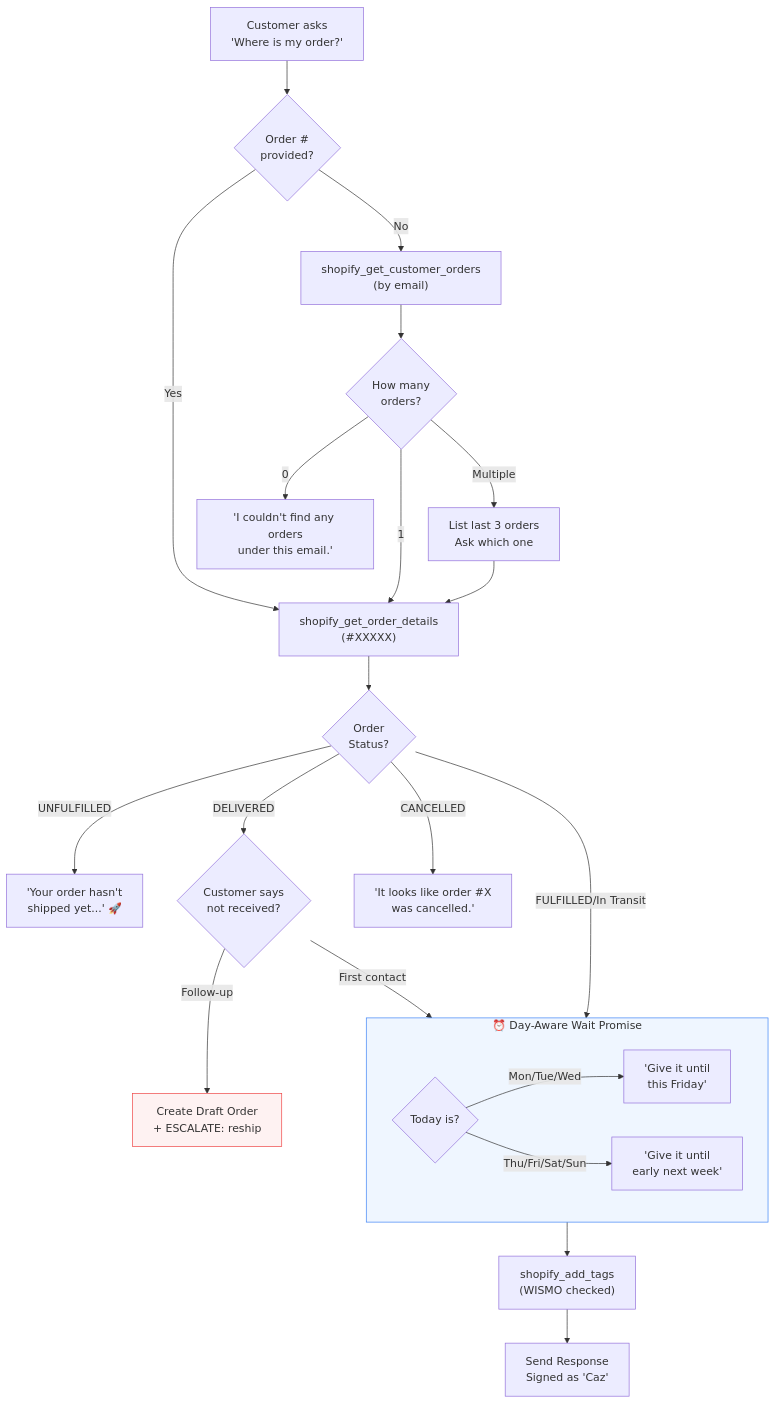
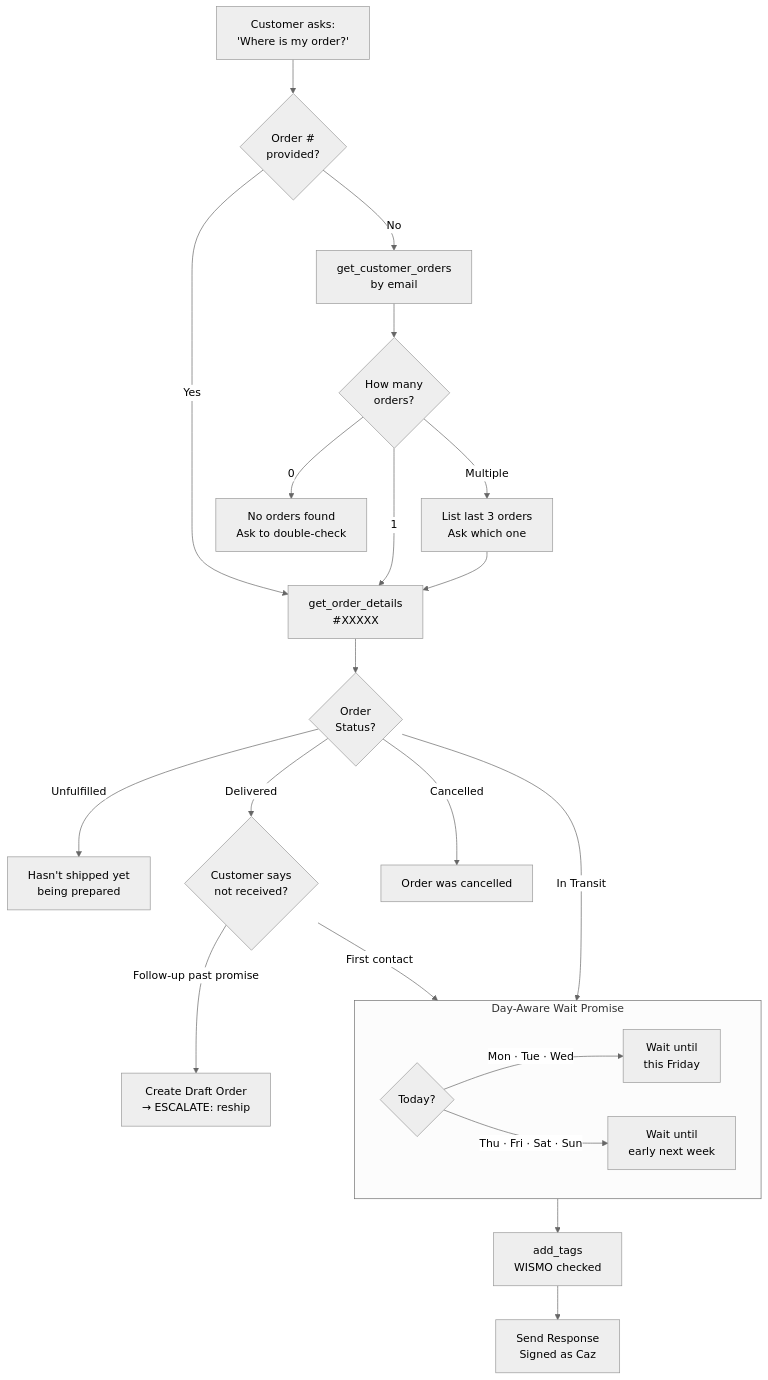
Before and after one commit to EminDurmuSS/lookfor-hackathon: the fifth of 11 diagrams in README.md, drawn with Mermaid. The commit also changed other lines of this file, not shown here.

````diff
--- a/README.md
+++ b/README.md
@@ -278,36 +235,33 @@
 ```mermaid
+%%{init: {'theme': 'neutral'}}%%
 flowchart TD
-    START["Customer asks<br/>'Where is my order?'"] --> FIND{"Order #<br/>provided?"}
+    START["Customer asks:<br/>'Where is my order?'"] --> FIND{"Order #<br/>provided?"}
 
-    FIND -->|Yes| LOOKUP["shopify_get_order_details<br/>(#XXXXX)"]
-    FIND -->|No| EMAIL["shopify_get_customer_orders<br/>(by email)"]
+    FIND -->|Yes| LOOKUP["get_order_details<br/>#XXXXX"]
+    FIND -->|No| EMAIL["get_customer_orders<br/>by email"]
 
     EMAIL --> COUNT{"How many<br/>orders?"}
-    COUNT -->|0| NOT_FOUND["'I couldn't find any orders<br/>under this email.'"]
+    COUNT -->|0| NOT_FOUND["No orders found<br/>Ask to double-check"]
     COUNT -->|1| LOOKUP
     COUNT -->|Multiple| DISAMBIG["List last 3 orders<br/>Ask which one"]
     DISAMBIG --> LOOKUP
 
     LOOKUP --> STATUS{"Order<br/>Status?"}
 
-    STATUS -->|UNFULFILLED| MSG_PREP["'Your order hasn't<br/>shipped yet...' 🚀"]
-    STATUS -->|FULFILLED/In Transit| WAIT_PROMISE
-    STATUS -->|DELIVERED| DELIVERED_CHECK
-    STATUS -->|CANCELLED| MSG_CANCEL["'It looks like order #X<br/>was cancelled.'"]
+    STATUS -->|Unfulfilled| PREP["Hasn't shipped yet<br/>being prepared"]
+    STATUS -->|In Transit| WAIT
+    STATUS -->|Delivered| DEL
+    STATUS -->|Cancelled| CANCEL["Order was cancelled"]
 
-    subgraph WAIT_PROMISE["⏰ Day-Aware Wait Promise"]
-        DAY{"Today is?"}
-        DAY -->|Mon/Tue/Wed| FRIDAY["'Give it until<br/>this Friday'"]
-        DAY -->|Thu/Fri/Sat/Sun| NEXT_WEEK["'Give it until<br/>early next week'"]
+    subgraph WAIT["Day-Aware Wait Promise"]
+        DAY{"Today?"}
+        DAY -->|Mon · Tue · Wed| FRIDAY["Wait until<br/>this Friday"]
+        DAY -->|Thu · Fri · Sat · Sun| NEXT["Wait until<br/>early next week"]
     end
 
-    WAIT_PROMISE --> TAG["shopify_add_tags<br/>(WISMO checked)"]
-    TAG --> RESPONSE["Send Response<br/>Signed as 'Caz'"]
+    WAIT --> TAG["add_tags<br/>WISMO checked"]
+    TAG --> RESPONSE["Send Response<br/>Signed as Caz"]
 
-    DELIVERED_CHECK{"Customer says<br/>not received?"}
-    DELIVERED_CHECK -->|First contact| WAIT_PROMISE
-    DELIVERED_CHECK -->|Follow-up| RESHIP["Create Draft Order<br/>+ ESCALATE: reship"]
-
-    style WAIT_PROMISE fill:#eff6ff,stroke:#3b82f6
-    style RESHIP fill:#fef2f2,stroke:#ef4444
+    DEL{"Customer says<br/>not received?"} -->|First contact| WAIT
+    DEL -->|Follow-up past promise| RESHIP["Create Draft Order<br/>→ ESCALATE: reship"]
 ```
````
